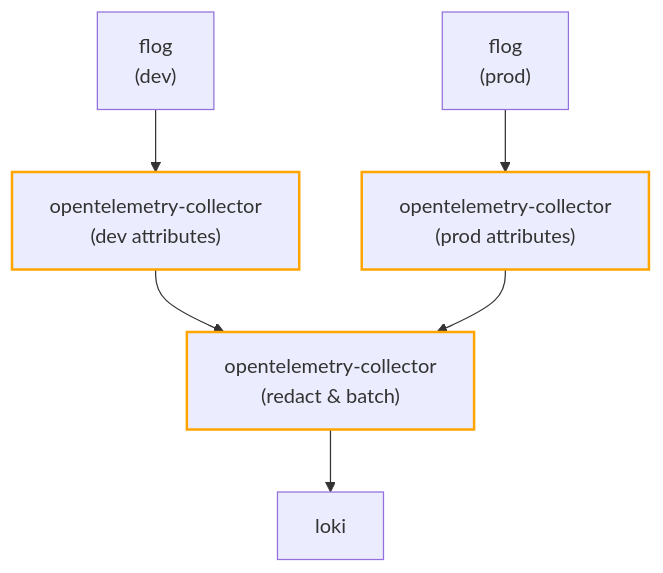
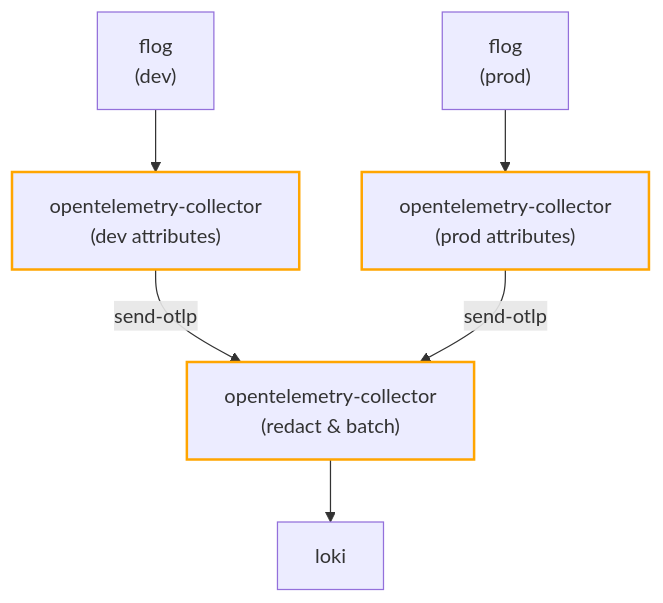
One commit to canonical/observability-stack changed the second of 2 diagrams in docs/how-to/tiered-otelcols.md. Above: the diagram before and after it, drawn with Mermaid. The commit also changed other lines of this file, not shown here.

Commit message:
fix: Tiering HowTo doc with OTLP endpoints

````diff
--- a/docs/how-to/tiered-otelcols.md
+++ b/docs/how-to/tiered-otelcols.md
@@ -54,14 +54,14 @@
 ```{mermaid}
 flowchart TB
 
 flog-dev["flog<br>(dev)"] --> dev
-dev["opentelemetry-collector<br>(dev attributes)"] --> fan-in
+dev["opentelemetry-collector<br>(dev attributes)"] --send-otlp--> fan-in
 
 flog-prod["flog<br>(prod)"] --> prod
-prod["opentelemetry-collector<br>(prod attributes)"] --> fan-in
+prod["opentelemetry-collector<br>(prod attributes)"] --send-otlp--> fan-in
 
 fan-in["opentelemetry-collector<br>(redact & batch)"] --> loki[loki]
 
 class fan-in,dev,prod thickStroke;
 classDef thickStroke stroke-width:2px, stroke:#FFA500;
 ```
````
